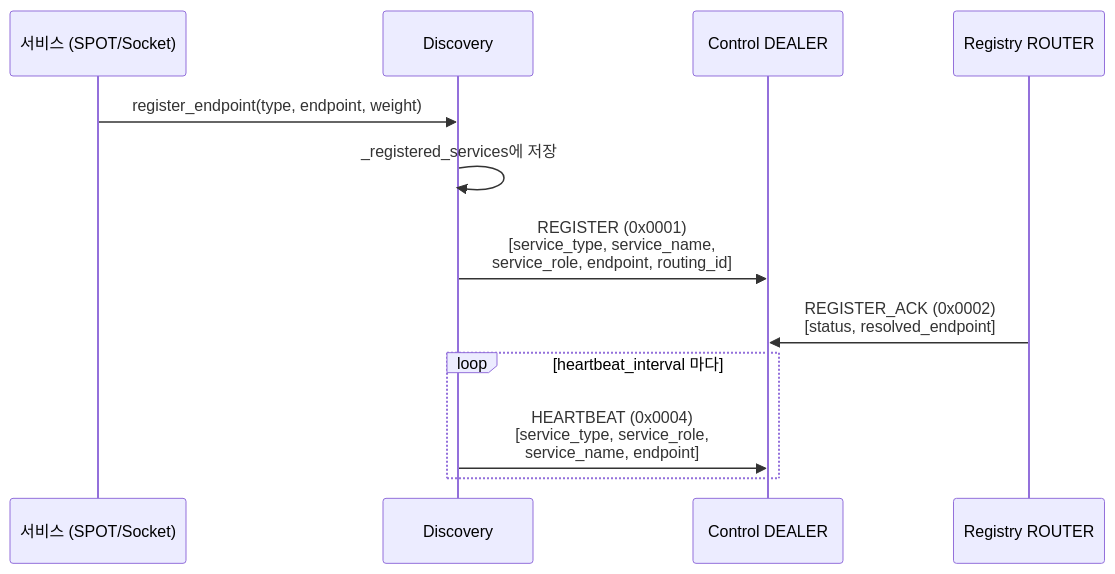
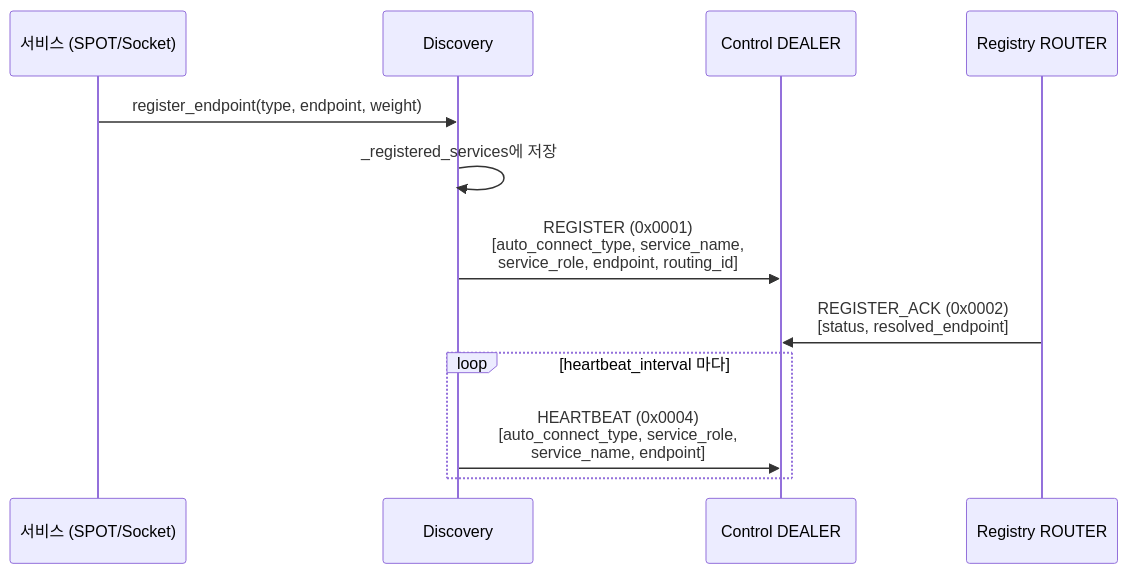
One commit to kairos-code-dev/zlink changed the fourth of 11 diagrams in doc/internals/discovery-internals.ko.md. Above: the diagram before and after it, drawn with Mermaid. The commit also changed other lines of this file and 228 other files, not shown here.

Commit message:
Implement discovery auto-connect channel types

````diff
--- a/doc/internals/discovery-internals.ko.md
+++ b/doc/internals/discovery-internals.ko.md
@@ -102,16 +102,16 @@
 ```mermaid
 sequenceDiagram
     participant Service as 서비스 (SPOT/Socket)
     participant Disc as Discovery
     participant DEALER as Control DEALER
     participant REG as Registry ROUTER
 
     Service->>Disc: register_endpoint(type, endpoint, weight)
     Disc->>Disc: _registered_services에 저장
-    Disc->>DEALER: REGISTER (0x0001)<br/>[service_type, service_name,<br/>service_role, endpoint, routing_id]
+    Disc->>DEALER: REGISTER (0x0001)<br/>[auto_connect_type, service_name,<br/>service_role, endpoint, routing_id]
     REG->>DEALER: REGISTER_ACK (0x0002)<br/>[status, resolved_endpoint]
 
     loop heartbeat_interval 마다
-        Disc->>DEALER: HEARTBEAT (0x0004)<br/>[service_type, service_role,<br/>service_name, endpoint]
+        Disc->>DEALER: HEARTBEAT (0x0004)<br/>[auto_connect_type, service_role,<br/>service_name, endpoint]
     end
 ```
````
